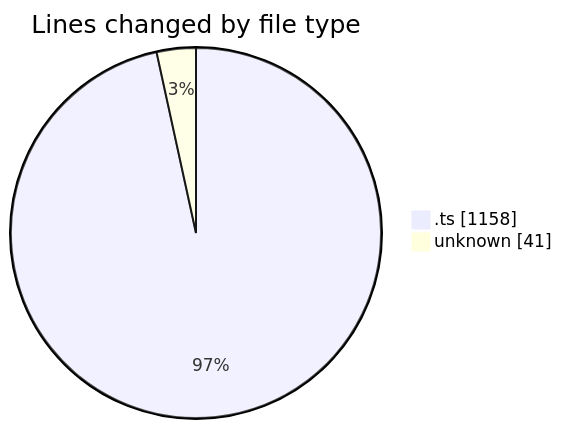
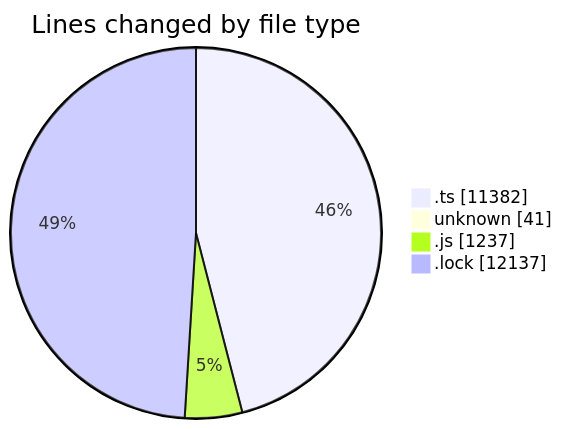
The first of 2 diagrams in 2025-08-18/cda/README.md (momahboobian/code-tracking), drawn with Mermaid before and after one commit. The commit also changed other lines of this file and 1 other file, not shown here.

````diff
--- a/2025-08-18/cda/README.md
+++ b/2025-08-18/cda/README.md
@@ -24,6 +33,8 @@
 ```mermaid
 pie showData
 title Lines changed by file type
-".ts" : 1158
+".ts" : 11382
 "unknown" : 41
+".js" : 1237
+".lock" : 12137
 ```
````
